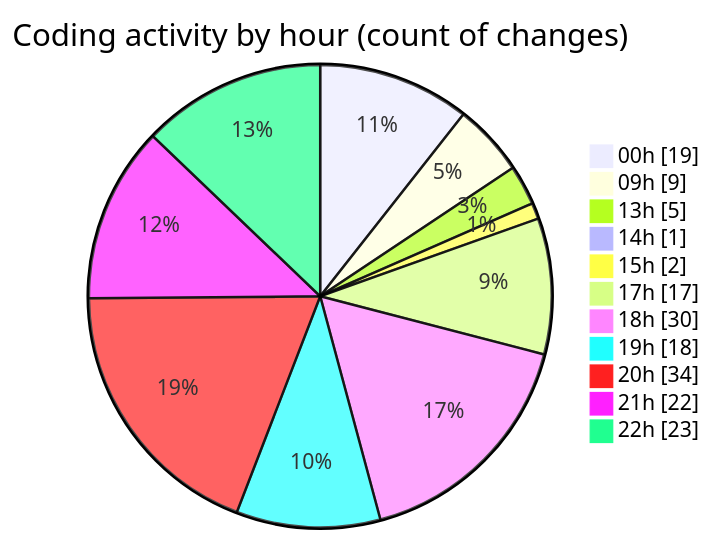
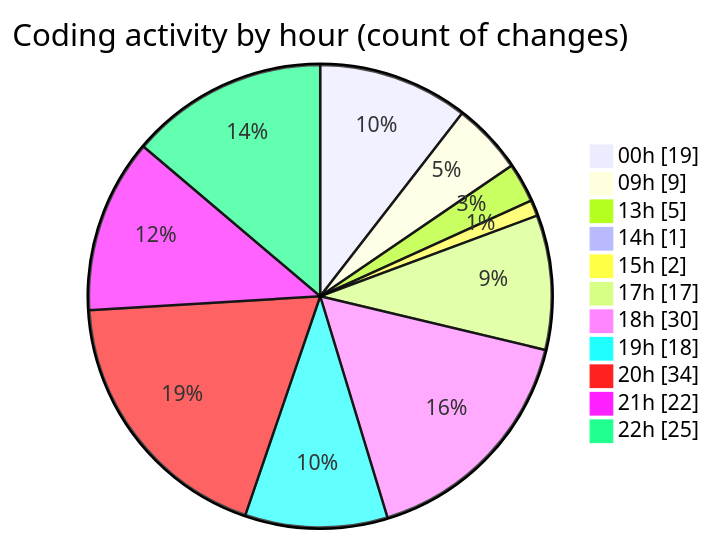
Before and after one commit to EIIisD/code-tracking: the second of 2 diagrams in 2025-08-12/ribbon/README.md, drawn with Mermaid. The commit also changed other lines of this file and 1 other file, not shown here.

````diff
--- a/2025-08-12/ribbon/README.md
+++ b/2025-08-12/ribbon/README.md
@@ -58,15 +58,15 @@
 ```mermaid
 pie showData
 title Coding activity by hour (count of changes)
 "00h" : 19
 "09h" : 9
 "13h" : 5
 "14h" : 1
 "15h" : 2
 "17h" : 17
 "18h" : 30
 "19h" : 18
 "20h" : 34
 "21h" : 22
-"22h" : 23
+"22h" : 25
 ```
````
